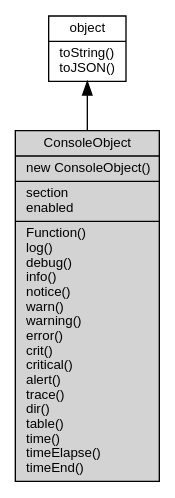
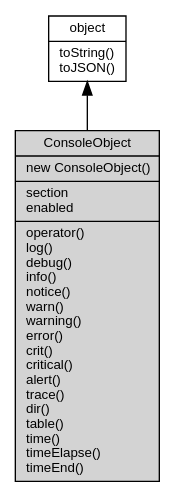
Before and after one commit to fibjs/fibjs.org: the diagram in docs/manual/object/ifs/ConsoleObject.md, drawn with Graphviz. The commit also changed other lines of this file and 241 other files, not shown here.

````diff
--- a/docs/manual/object/ifs/ConsoleObject.md
+++ b/docs/manual/object/ifs/ConsoleObject.md
@@ -69,10 +88,10 @@
 ```dot
 digraph {
     node [fontname="Helvetica,sans-Serif", fontsize=10, shape="record", style="filled", fillcolor="white"];
 
     object [tooltip="object", URL="object.md", label="{object|toString()\ltoJSON()\l}"];
-    ConsoleObject [tooltip="ConsoleObject", fillcolor="lightgray", id="me", label="{ConsoleObject|new ConsoleObject()\l|section\lenabled\l|Function()\llog()\ldebug()\linfo()\lnotice()\lwarn()\lwarning()\lerror()\lcrit()\lcritical()\lalert()\ltrace()\ldir()\ltable()\ltime()\ltimeElapse()\ltimeEnd()\l}"];
+    ConsoleObject [tooltip="ConsoleObject", fillcolor="lightgray", id="me", label="{ConsoleObject|new ConsoleObject()\l|section\lenabled\l|operator()\llog()\ldebug()\linfo()\lnotice()\lwarn()\lwarning()\lerror()\lcrit()\lcritical()\lalert()\ltrace()\ldir()\ltable()\ltime()\ltimeElapse()\ltimeEnd()\l}"];
 
     object -> ConsoleObject [dir=back];
 }
 ```
````
